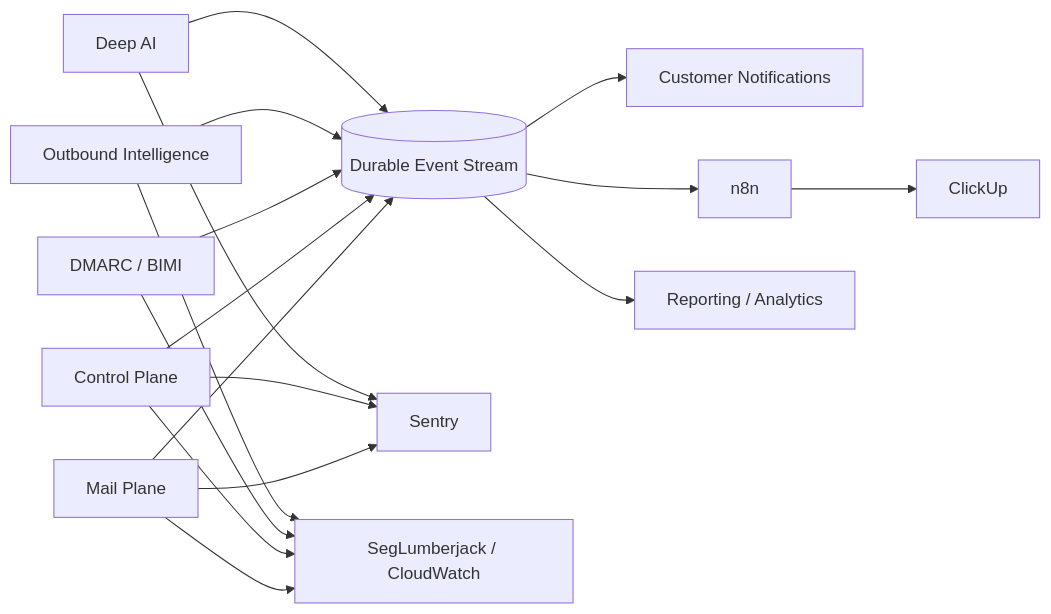
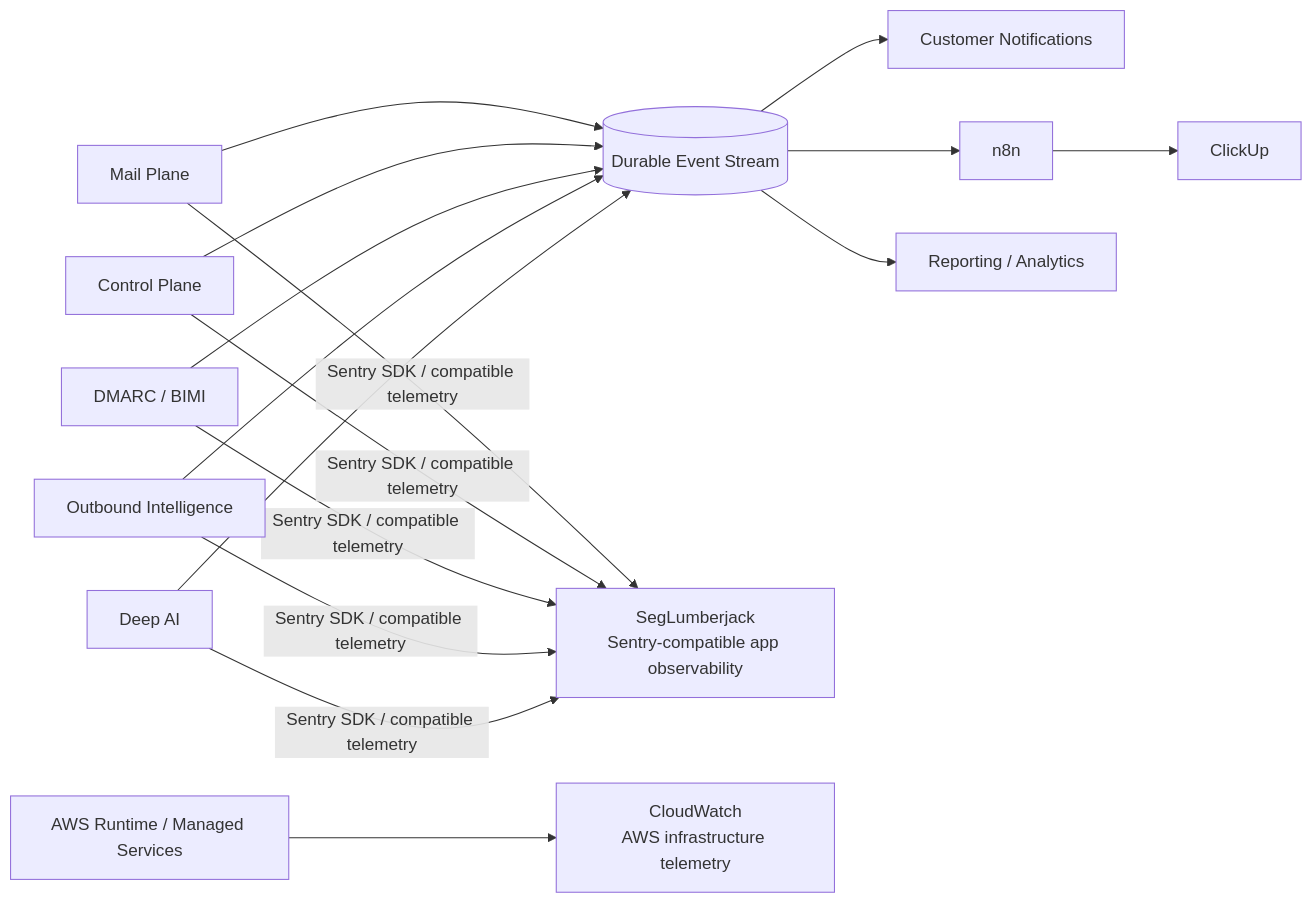
Before and after one commit to Oba-SEG/Nullapart: the eighth of 11 diagrams in docs/diagrams/README.md, drawn with Mermaid. The commit also changed other lines of this file, not shown here.

Commit message:
docs: render corrected observability diagrams

````diff
--- a/docs/diagrams/README.md
+++ b/docs/diagrams/README.md
@@ -383,36 +383,35 @@
 ```mermaid
 flowchart LR
     Mail[Mail Plane]
     Control[Control Plane]
     DMARC[DMARC / BIMI]
     Outbound[Outbound Intelligence]
     DeepAI[Deep AI]
 
     Streams[(Durable Event Stream)]
 
     Notify[Customer Notifications]
     N8N[n8n]
     ClickUp[ClickUp]
-    Sentry[Sentry]
-    Logs[SegLumberjack / CloudWatch]
+    Seg[SegLumberjack\nSentry-compatible app observability]
+    CW[CloudWatch\nAWS infrastructure telemetry]
     Analytics[Reporting / Analytics]
 
     Mail --> Streams
     Control --> Streams
     DMARC --> Streams
     Outbound --> Streams
     DeepAI --> Streams
 
     Streams --> Notify
     Streams --> N8N --> ClickUp
     Streams --> Analytics
 
-    Mail --> Sentry
-    Control --> Sentry
-    DeepAI --> Sentry
+    Mail -->|Sentry SDK / compatible telemetry| Seg
+    Control -->|Sentry SDK / compatible telemetry| Seg
+    DMARC -->|Sentry SDK / compatible telemetry| Seg
+    Outbound -->|Sentry SDK / compatible telemetry| Seg
+    DeepAI -->|Sentry SDK / compatible telemetry| Seg
 
-    Mail --> Logs
-    Control --> Logs
-    DMARC --> Logs
-    Outbound --> Logs
+    AWS[AWS Runtime / Managed Services] --> CW
 ```
````
